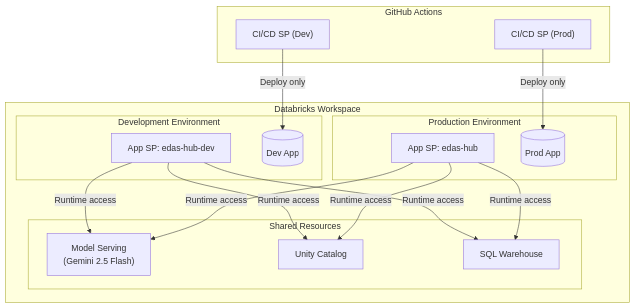
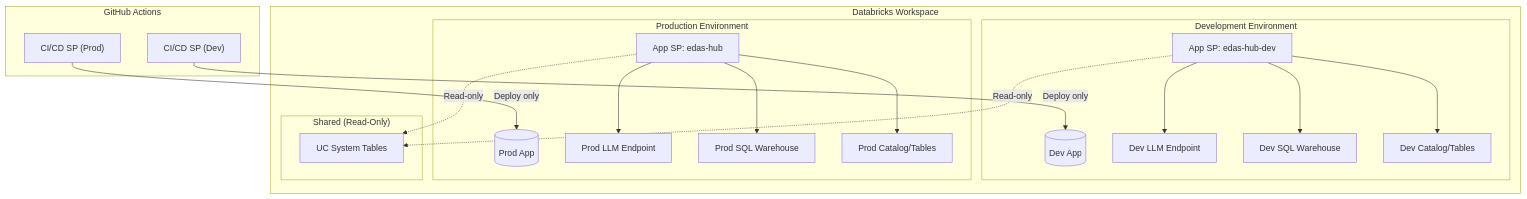
The first of 2 diagrams in docs/QUICK_REFERENCE.md (TaylorAHanson/ssc), drawn with Mermaid before and after one commit. The commit also changed other lines of this file, not shown here.

Commit message:
Update SP docs: environment-specific resources, no sharing except UC system tables

````diff
--- a/docs/QUICK_REFERENCE.md
+++ b/docs/QUICK_REFERENCE.md
@@ -40,36 +40,42 @@
 ```mermaid
 flowchart TB
     subgraph GitHub["GitHub Actions"]
         CICD_DEV["CI/CD SP (Dev)"]
         CICD_PROD["CI/CD SP (Prod)"]
     end
 
     subgraph Databricks["Databricks Workspace"]
         subgraph DevEnv["Development Environment"]
             APP_DEV["App SP: edas-hub-dev"]
             DEV_APP[("Dev App")]
+            DEV_LLM["Dev LLM Endpoint"]
+            DEV_SQL["Dev SQL Warehouse"]
+            DEV_UC["Dev Catalog/Tables"]
         end
         
         subgraph ProdEnv["Production Environment"]
             APP_PROD["App SP: edas-hub"]
             PROD_APP[("Prod App")]
+            PROD_LLM["Prod LLM Endpoint"]
+            PROD_SQL["Prod SQL Warehouse"]
+            PROD_UC["Prod Catalog/Tables"]
         end
         
-        subgraph SharedResources["Shared Resources"]
-            LLM["Model Serving\n(Gemini 2.5 Flash)"]
-            UC["Unity Catalog"]
-            SQL["SQL Warehouse"]
+        subgraph Shared["Shared (Read-Only)"]
+            SYS_TABLES["UC System Tables"]
         end
     end
 
     CICD_DEV -->|"Deploy only"| DEV_APP
     CICD_PROD -->|"Deploy only"| PROD_APP
     
-    APP_DEV -->|"Runtime access"| LLM
-    APP_DEV -->|"Runtime access"| UC
-    APP_DEV -->|"Runtime access"| SQL
+    APP_DEV --> DEV_LLM
+    APP_DEV --> DEV_SQL
+    APP_DEV --> DEV_UC
+    APP_DEV -.->|"Read-only"| SYS_TABLES
     
-    APP_PROD -->|"Runtime access"| LLM
-    APP_PROD -->|"Runtime access"| UC
-    APP_PROD -->|"Runtime access"| SQL
+    APP_PROD --> PROD_LLM
+    APP_PROD --> PROD_SQL
+    APP_PROD --> PROD_UC
+    APP_PROD -.->|"Read-only"| SYS_TABLES
 ```
````
